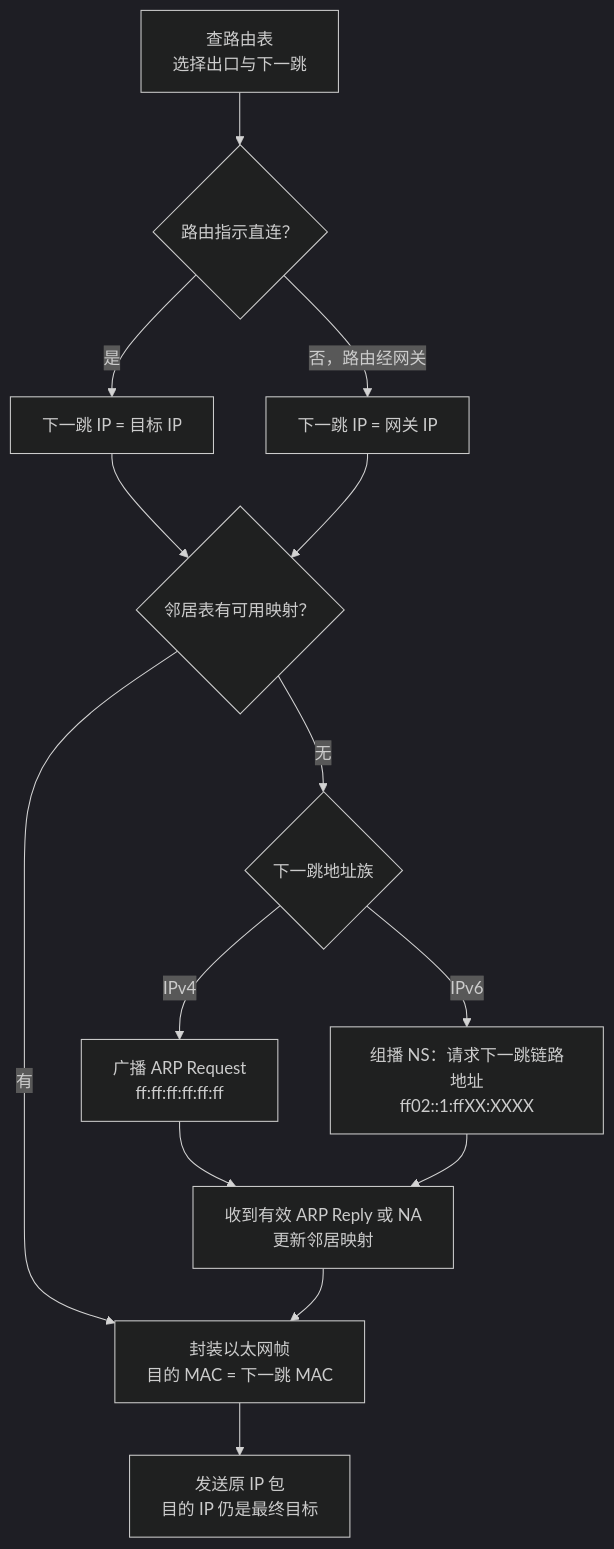
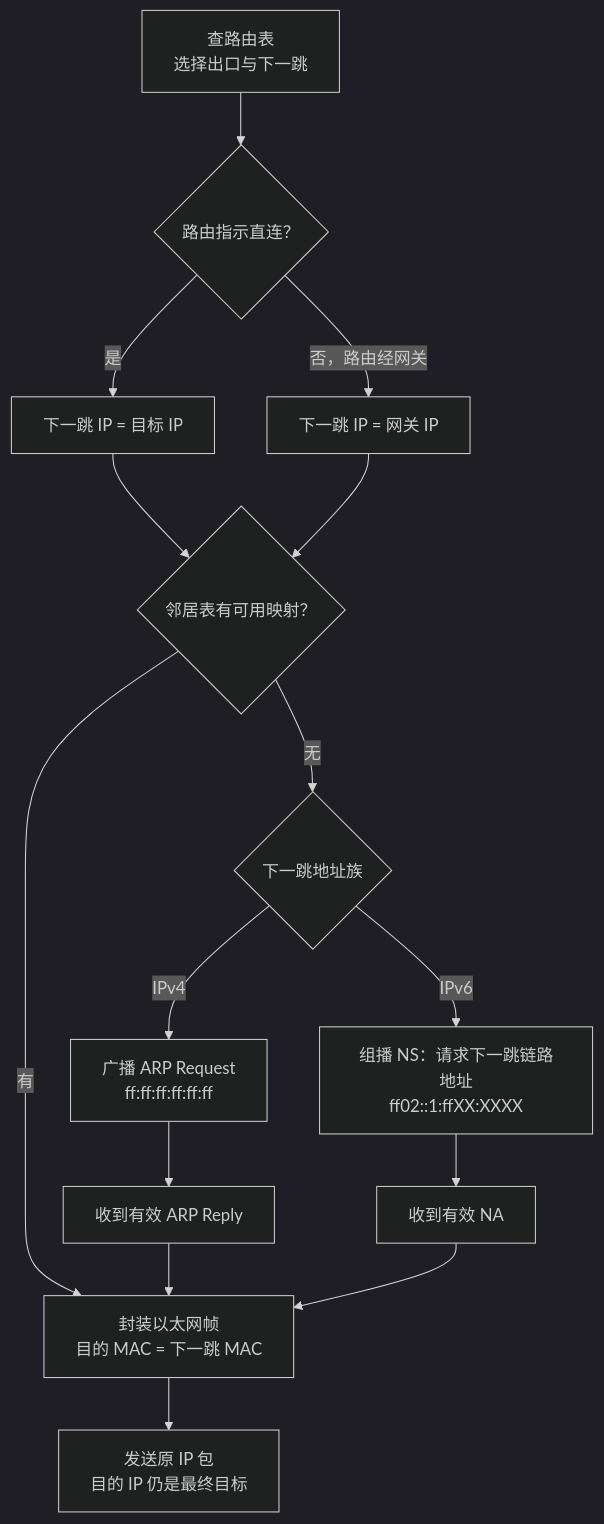
One commit to fordelkon/delkon.us.kg changed the first of 3 diagrams in content/posts/networking/ip-addressing-subnet-lan-delivery.md. Above: the diagram before and after it, drawn with Mermaid (dark theme). The commit also changed other lines of this file and 21 other files, not shown here.

Commit message:
feat: refine networking diagrams and examples

````diff
--- a/content/posts/networking/ip-addressing-subnet-lan-delivery.md
+++ b/content/posts/networking/ip-addressing-subnet-lan-delivery.md
@@ -132,16 +134,17 @@
 ```mermaid title="从路由选择到 ARP 或 NDP 解析" description="限定普通以太网单播数据交付，不含代理 ARP、地址冲突探测或 DAD。实际路由结果决定下一跳，直连时是目标自身，经网关时是网关地址；不能只凭地址看起来同网段就跳过选路。缓存未命中才发起解析，收到有效应答后按规则更新缓存并发包。IPv6 被请求节点组播地址中的 XX 表示目标地址低 24 位，不是固定地址。"
 flowchart TB
  route["查路由表<br/>选择出口与下一跳"] --> direct{"路由指示直连？"}
  direct -->|是| target["下一跳 IP = 目标 IP"]
  direct -->|否，路由经网关| gateway["下一跳 IP = 网关 IP"]
  target --> cache{"邻居表有可用映射？"}
  gateway --> cache
  cache -->|有| frame["封装以太网帧<br/>目的 MAC = 下一跳 MAC"]
  cache -->|无| family{"下一跳地址族"}
  family -->|IPv4| arp["广播 ARP Request<br/>ff:ff:ff:ff:ff:ff"]
  family -->|IPv6| ns["组播 NS：请求下一跳链路地址<br/>ff02::1:ffXX:XXXX"]
- arp --> reply["收到有效 ARP Reply 或 NA<br/>更新邻居映射"]
- ns --> reply
- reply --> frame
+ arp --> arp_reply["收到有效 ARP Reply"]
+ ns --> na["收到有效 NA"]
+ arp_reply --> frame
+ na --> frame
  frame --> send["发送原 IP 包<br/>目的 IP 仍是最终目标"]
 ```
````
